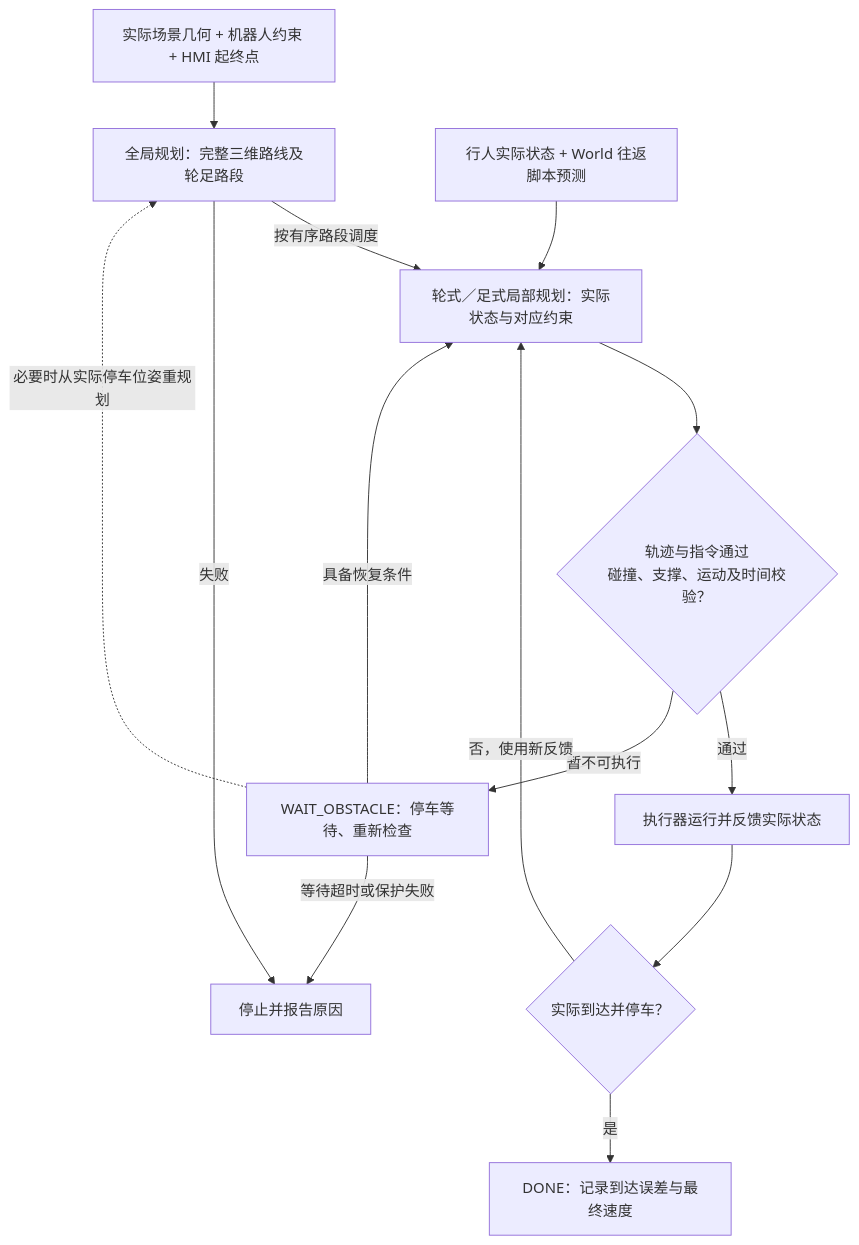
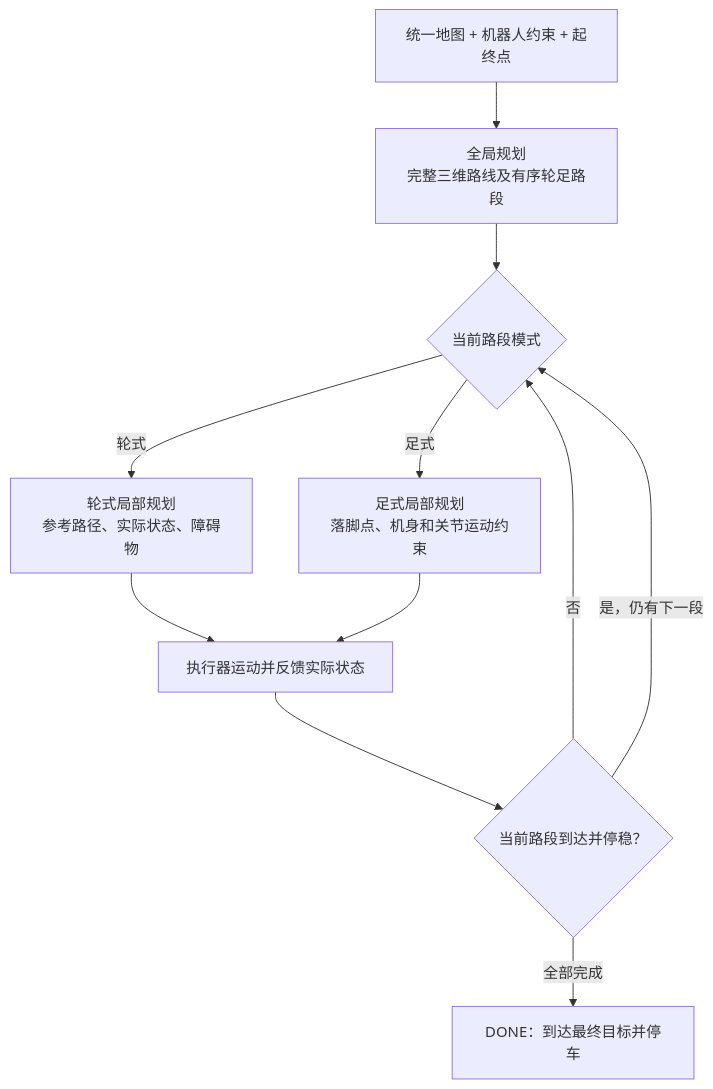
Before and after one commit to norinyan/simulation: the second of 2 diagrams in README.md, drawn with Mermaid. The commit also changed other lines of this file and 79 other files, not shown here.

````diff
--- a/README.md
+++ b/README.md
@@ -181,16 +137,13 @@
 ```mermaid
 flowchart TD
-    Input["实际场景几何 + 机器人约束 + HMI 起终点"] --> Global["全局规划：完整三维路线及轮足路段"]
-    Global -->|按有序路段调度| Local["轮式／足式局部规划：实际状态与对应约束"]
-    Global -->|失败| Fail["停止并报告原因"]
-    Ped["行人实际状态 + World 往返脚本预测"] --> Local
-    Local --> Check{"轨迹与指令通过<br/>碰撞、支撑、运动及时间校验？"}
-    Check -->|通过| Execute["执行器运行并反馈实际状态"]
-    Check -->|暂不可执行| Wait["WAIT_OBSTACLE：停车等待、重新检查"]
-    Wait -->|具备恢复条件| Local
-    Wait -.->|必要时从实际停车位姿重规划| Global
-    Wait -->|等待超时或保护失败| Fail
-    Execute --> Goal{"实际到达并停车？"}
-    Goal -->|否，使用新反馈| Local
-    Goal -->|是| Done["DONE：记录到达误差与最终速度"]
+    I["统一地图 + 机器人约束 + 起终点"] --> G["全局规划<br/>完整三维路线及有序轮足路段"]
+    G --> M{"当前路段模式"}
+    M -->|轮式| W["轮式局部规划<br/>参考路径、实际状态、障碍物"]
+    M -->|足式| F["足式局部规划<br/>落脚点、机身和关节运动约束"]
+    W --> E["执行器运动并反馈实际状态"]
+    F --> E
+    E --> Q{"当前路段到达并停稳？"}
+    Q -->|否| M
+    Q -->|是，仍有下一段| M
+    Q -->|全部完成| D["DONE：到达最终目标并停车"]
 ```
````
